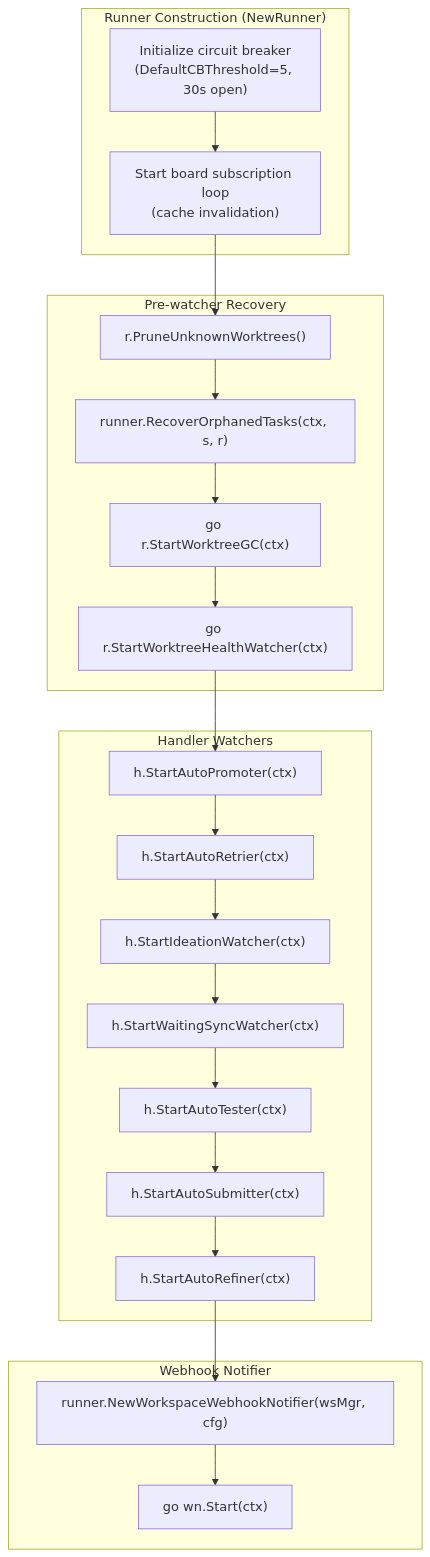
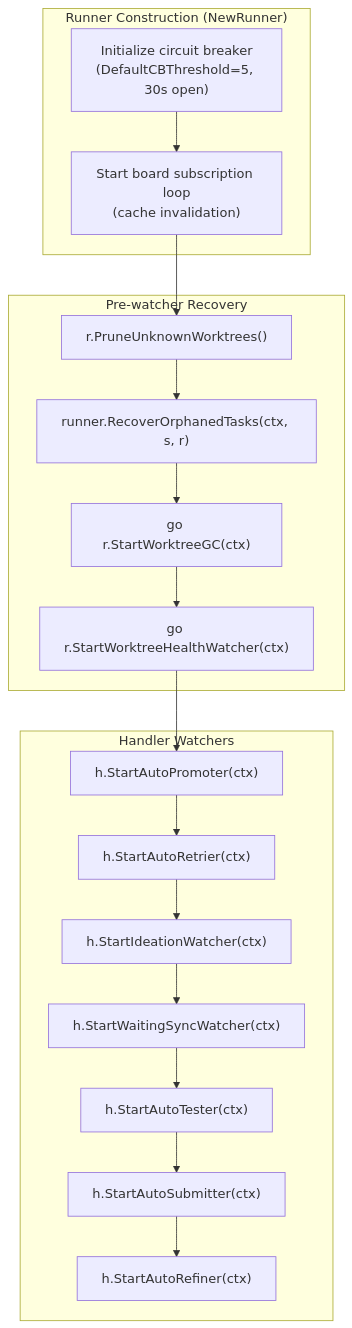
Before and after one commit to changkun/wallfacer: the first of 7 diagrams in docs/internals/automation.md, drawn with Mermaid. The commit also changed 26 other files, not shown here.

````diff
--- a/docs/internals/automation.md
+++ b/docs/internals/automation.md
@@ -31,33 +31,27 @@
 ```mermaid
 flowchart TD
     subgraph "Runner Construction (NewRunner)"
         A1["Initialize circuit breaker<br/>(DefaultCBThreshold=5, 30s open)"]
         A2["Start board subscription loop<br/>(cache invalidation)"]
     end
 
     subgraph "Pre-watcher Recovery"
         B1["r.PruneUnknownWorktrees()"]
         B2["runner.RecoverOrphanedTasks(ctx, s, r)"]
         B3["go r.StartWorktreeGC(ctx)"]
         B4["go r.StartWorktreeHealthWatcher(ctx)"]
     end
 
     subgraph "Handler Watchers"
         C1["h.StartAutoPromoter(ctx)"]
         C2["h.StartAutoRetrier(ctx)"]
         C3["h.StartIdeationWatcher(ctx)"]
         C4["h.StartWaitingSyncWatcher(ctx)"]
         C5["h.StartAutoTester(ctx)"]
         C6["h.StartAutoSubmitter(ctx)"]
         C7["h.StartAutoRefiner(ctx)"]
     end
 
-    subgraph "Webhook Notifier"
-        D1["runner.NewWorkspaceWebhookNotifier(wsMgr, cfg)"]
-        D2["go wn.Start(ctx)"]
-    end
-
     A1 --> A2 --> B1 --> B2 --> B3 --> B4
     B4 --> C1 --> C2 --> C3 --> C4 --> C5 --> C6 --> C7
-    C7 --> D1 --> D2
 ```
````
